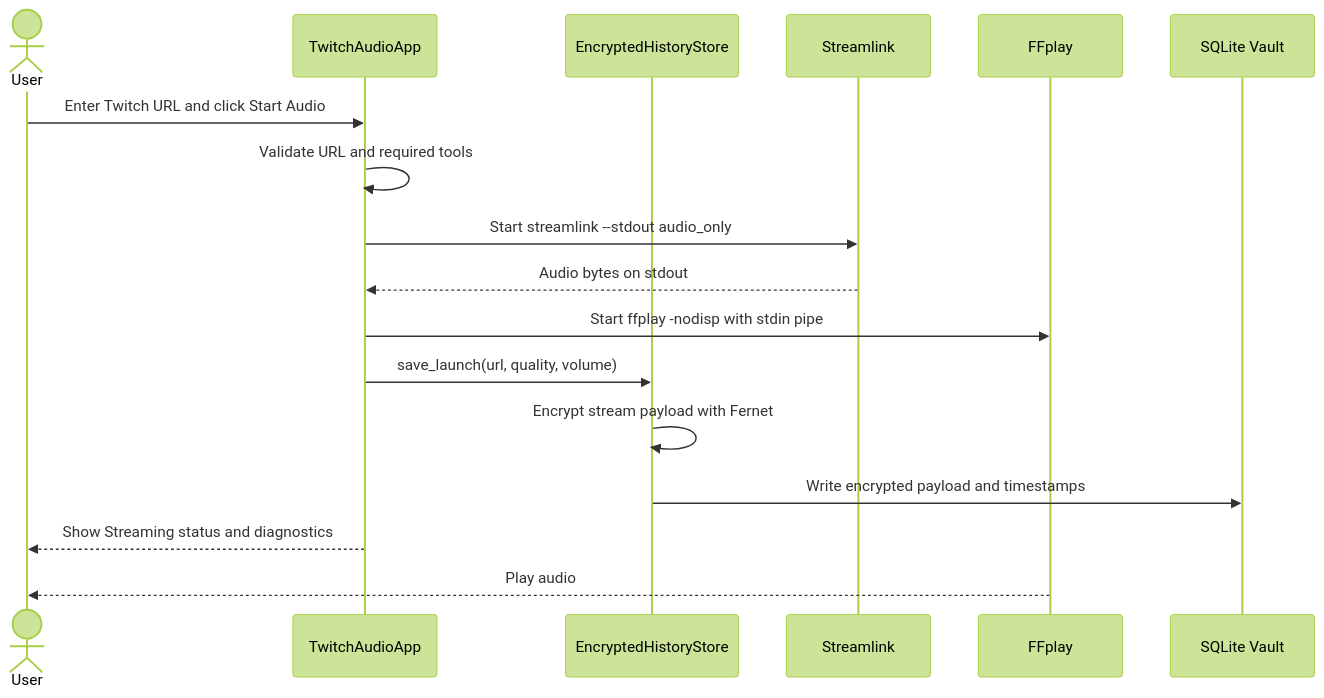
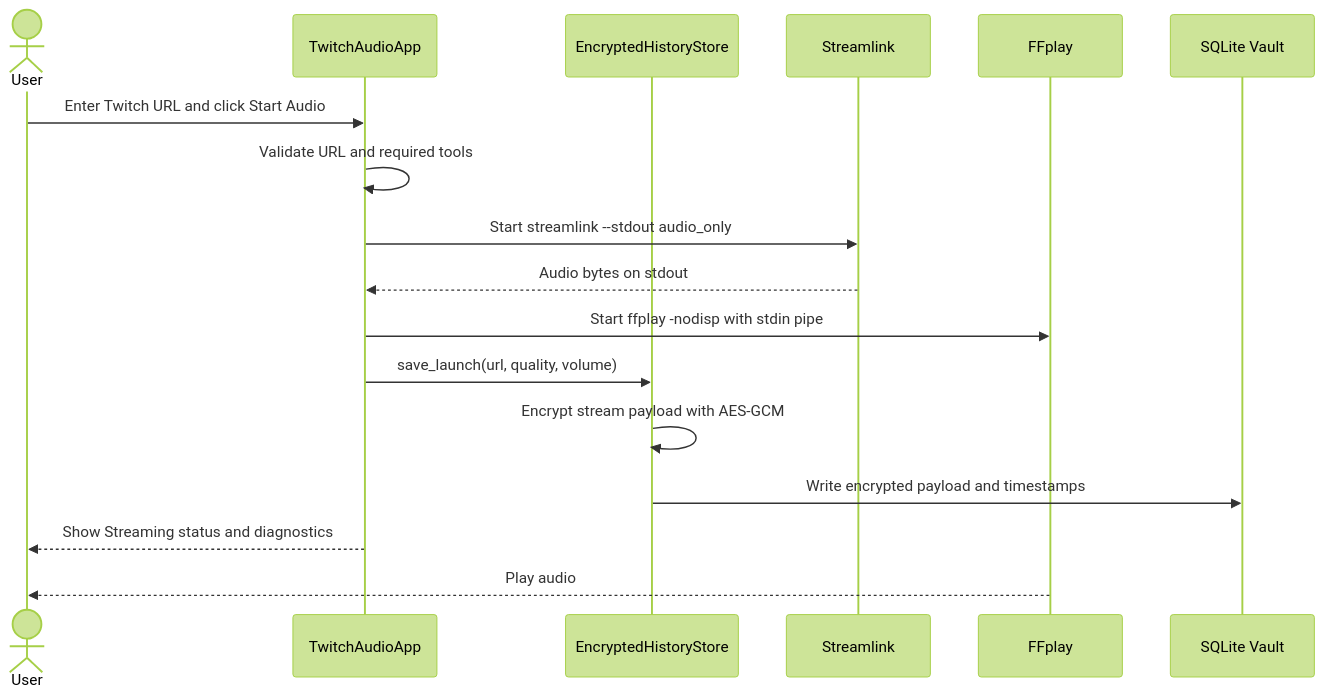
The second of 5 diagrams in README.md (ornab74/twitchaudio), drawn with Mermaid (forest theme) before and after one commit. The commit also changed other lines of this file, not shown here.

````diff
--- a/README.md
+++ b/README.md
@@ -78,20 +78,20 @@
 ```mermaid
 sequenceDiagram
     actor User
     participant App as TwitchAudioApp
     participant Store as EncryptedHistoryStore
     participant Streamlink
     participant FFplay
     participant DB as SQLite Vault
 
     User->>App: Enter Twitch URL and click Start Audio
     App->>App: Validate URL and required tools
     App->>Streamlink: Start streamlink --stdout audio_only
     Streamlink-->>App: Audio bytes on stdout
     App->>FFplay: Start ffplay -nodisp with stdin pipe
     App->>Store: save_launch(url, quality, volume)
-    Store->>Store: Encrypt stream payload with Fernet
+    Store->>Store: Encrypt stream payload with AES-GCM
     Store->>DB: Write encrypted payload and timestamps
     App-->>User: Show Streaming status and diagnostics
     FFplay-->>User: Play audio
 ```
````
